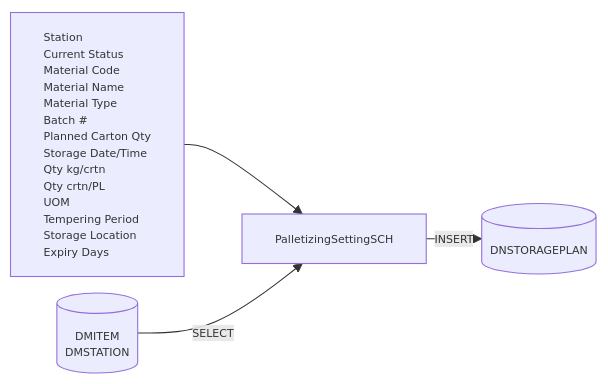
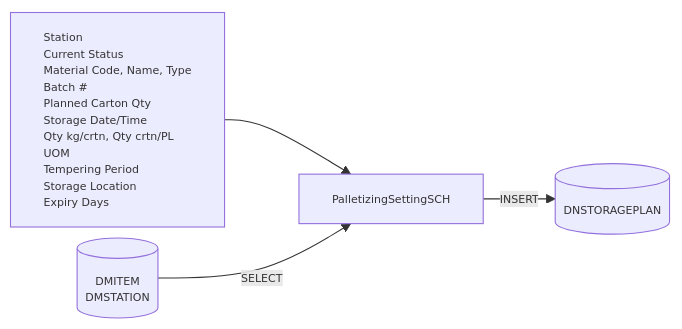
The first of 7 diagrams in Basic-Design/DFD-WMS/Storage/PALLETIZE-OPERATION-FROM-IKEDA.md (luthfiadityaa/SimeDarby-Wiki), drawn with Mermaid before and after one commit. The commit also changed other lines of this file, not shown here.

```diff
--- a/Basic-Design/DFD-WMS/Storage/PALLETIZE-OPERATION-FROM-IKEDA.md
+++ b/Basic-Design/DFD-WMS/Storage/PALLETIZE-OPERATION-FROM-IKEDA.md
@@ -99,47 +97,44 @@
 ::: mermaid
 flowchart LR
 
 %%{init:{
   "themeVariables": { "fontSize": "10px" },
   "flowchart": {
     "useMaxWidth": false,
     "diagramPadding": 5,
-    "nodeSpacing": 15,
-    "rankSpacing": 15
+    "nodeSpacing": 10,
+    "rankSpacing": 30
   }
 }}%%
 
     input[
         Station
         Current Status
-        Material Code
-        Material Name
-        Material Type
+        Material Code, Name, Type
         Batch #
         Planned Carton Qty
         Storage Date/Time
-        Qty kg/crtn
-        Qty crtn/PL
+        Qty kg/crtn, Qty crtn/PL
         UOM
         Tempering Period
         Storage Location
         Expiry Days
     ]
 
     tableList-insert[("
         DNSTORAGEPLAN
     ")]
 
      tableList-select[("
         DMITEM
         DMSTATION
     ")]
 
     className[PalletizingSettingSCH]
 
     input --> className --> |INSERT| tableList-insert
     tableList-select --> |SELECT| className
 
     classDef leftAlign text-align:left;
     class input leftAlign;
 :::
```
